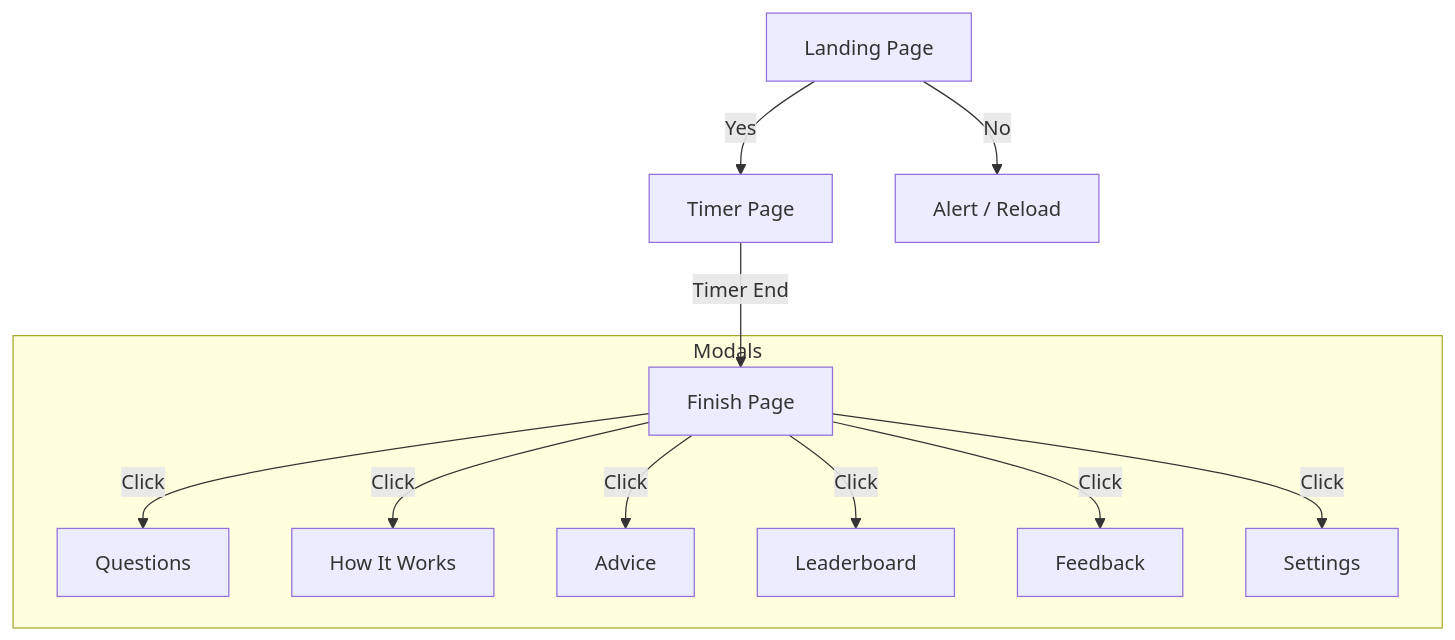
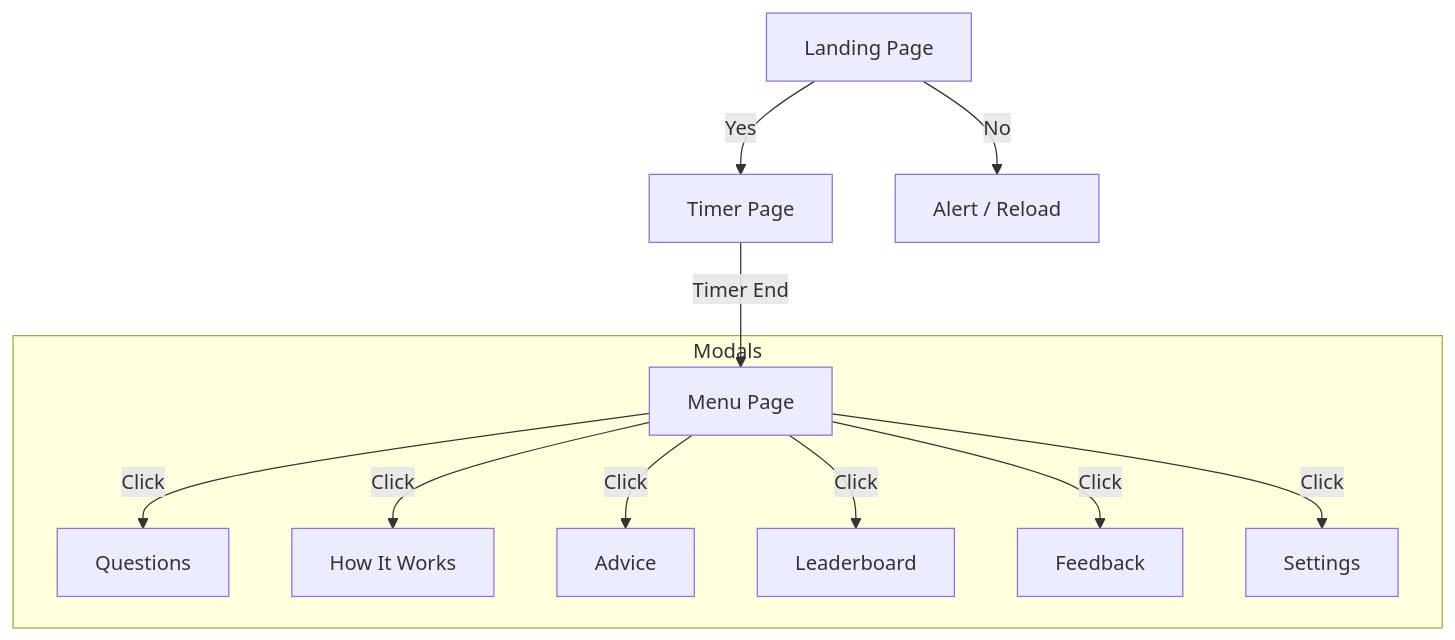
One commit to TristanPostley/better-life-prototype changed the diagram in blueprint.md. Above: the diagram before and after it, drawn with Mermaid. The commit also changed other lines of this file and 143 other files, not shown here.

Commit message:
Restructure project to domain-driven architecture with src/client/domains organization

````diff
--- a/blueprint.md
+++ b/blueprint.md
@@ -7,16 +7,16 @@
 ```mermaid
 graph TD
     Landing[Landing Page] -->|Yes| Timer[Timer Page]
     Landing -->|No| Exit[Alert / Reload]
     
-    Timer -->|Timer End| Finish[Finish Page]
+    Timer -->|Timer End| Menu[Menu Page]
     
     subgraph Modals
-        Finish -->|Click| Questions
-        Finish -->|Click| HowItWorks[How It Works]
-        Finish -->|Click| Advice
-        Finish -->|Click| Leaderboard
-        Finish -->|Click| Feedback
-        Finish -->|Click| Settings
+        Menu -->|Click| Questions
+        Menu -->|Click| HowItWorks[How It Works]
+        Menu -->|Click| Advice
+        Menu -->|Click| Leaderboard
+        Menu -->|Click| Feedback
+        Menu -->|Click| Settings
     end
 ```
````
